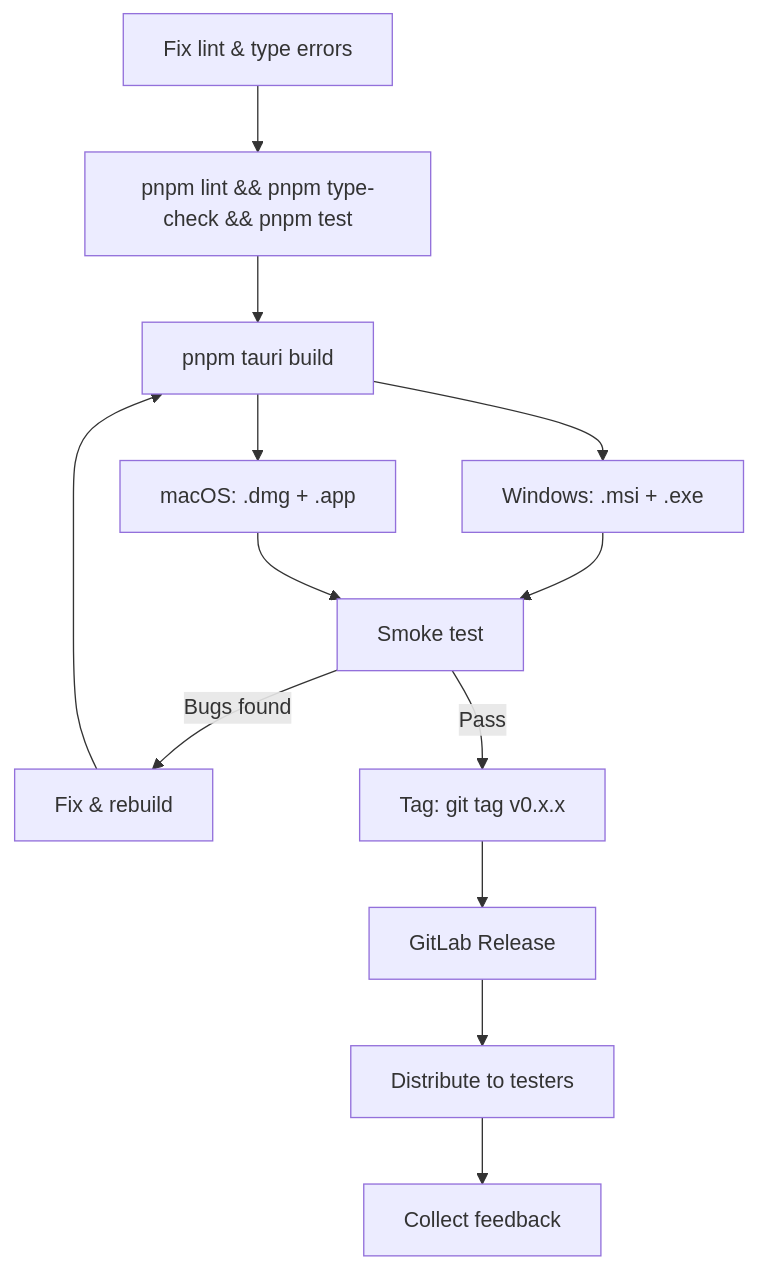
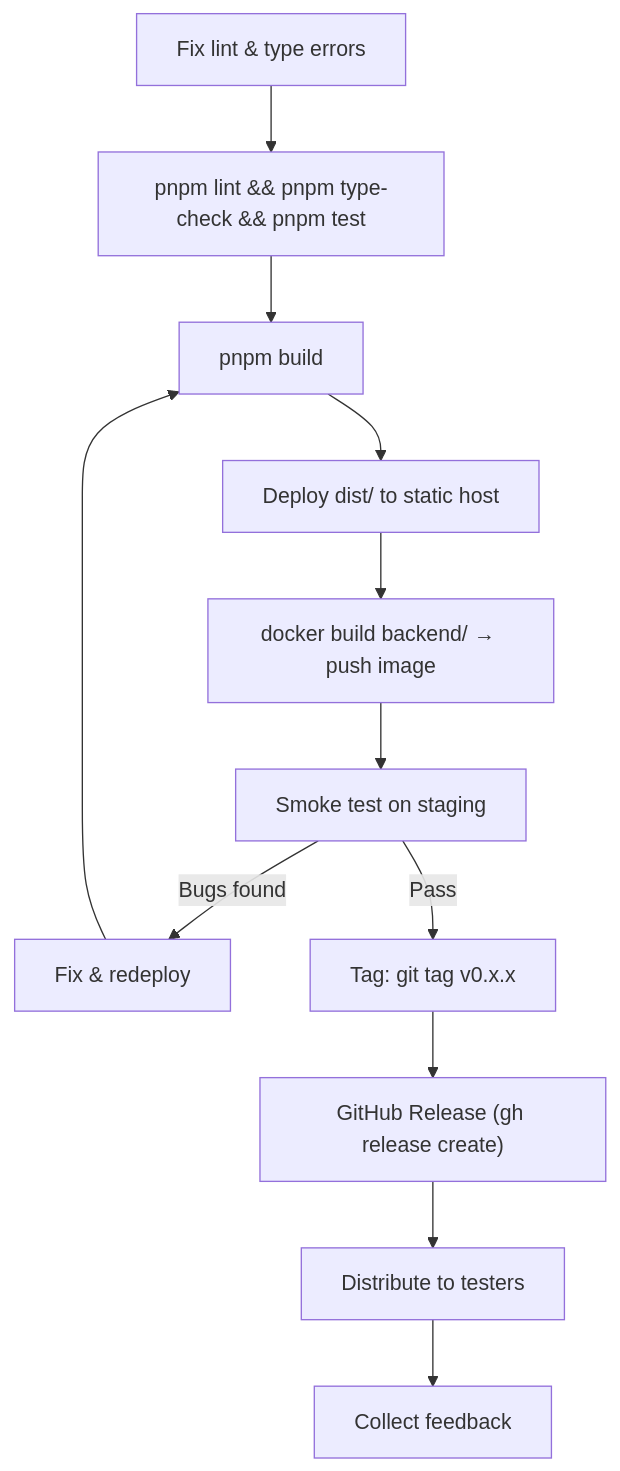
The sixth of 7 diagrams in docs/workflow-guide.md (achoo254/localman), drawn with Mermaid before and after one commit. The commit also changed other lines of this file and 364 other files, not shown here.

First line of the commit message:
refactor: migrate to web-only SPA + Fastify proxy architecture

````diff
--- a/docs/workflow-guide.md
+++ b/docs/workflow-guide.md
@@ -173,15 +146,14 @@
 ```mermaid
 flowchart TD
     A["Fix lint & type errors"] --> B["pnpm lint && pnpm type-check && pnpm test"]
-    B --> C["pnpm tauri build"]
-    C --> D["Windows: .msi + .exe"]
-    C --> E["macOS: .dmg + .app"]
-    D --> F["Smoke test"]
-    E --> F
-    F -->|Bugs found| G["Fix & rebuild"]
+    B --> C["pnpm build"]
+    C --> D["Deploy dist/ to static host"]
+    D --> E["docker build backend/ → push image"]
+    E --> F["Smoke test on staging"]
+    F -->|Bugs found| G["Fix & redeploy"]
     G --> C
     F -->|Pass| H["Tag: git tag v0.x.x"]
-    H --> I["GitLab Release"]
+    H --> I["GitHub Release (gh release create)"]
     I --> J["Distribute to testers"]
     J --> K["Collect feedback"]
 ```
````
